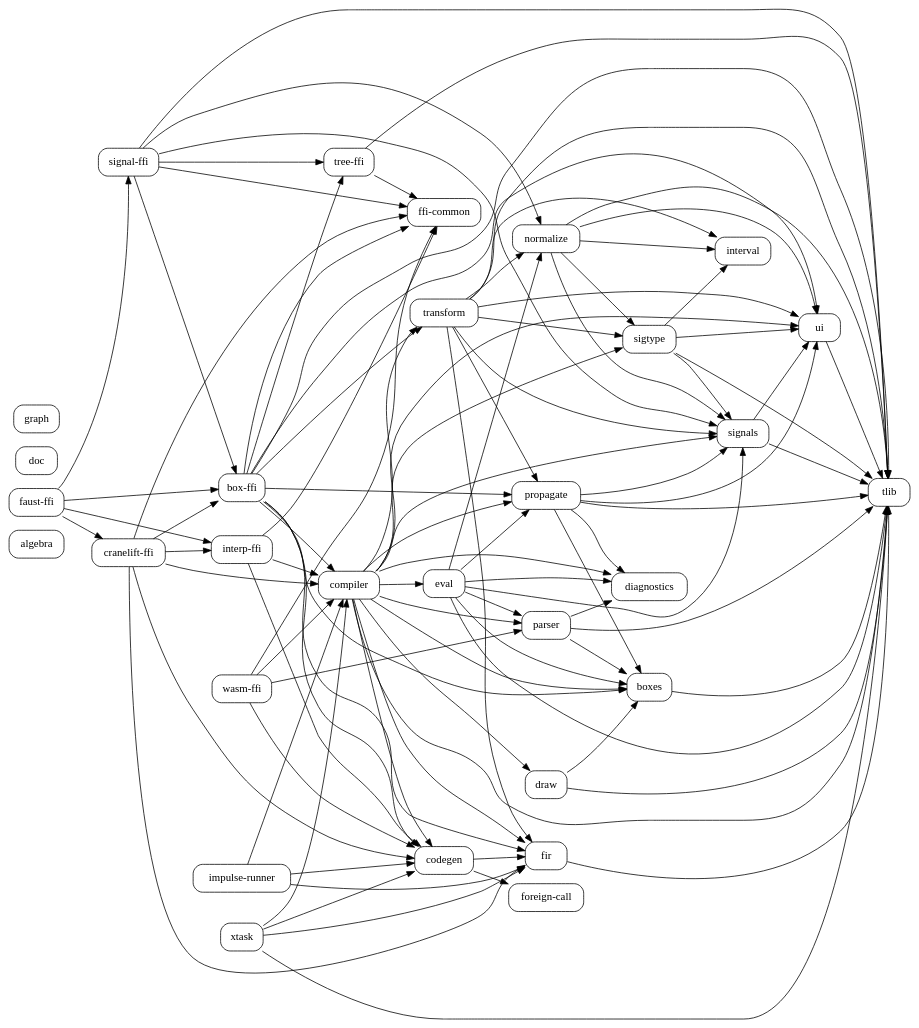
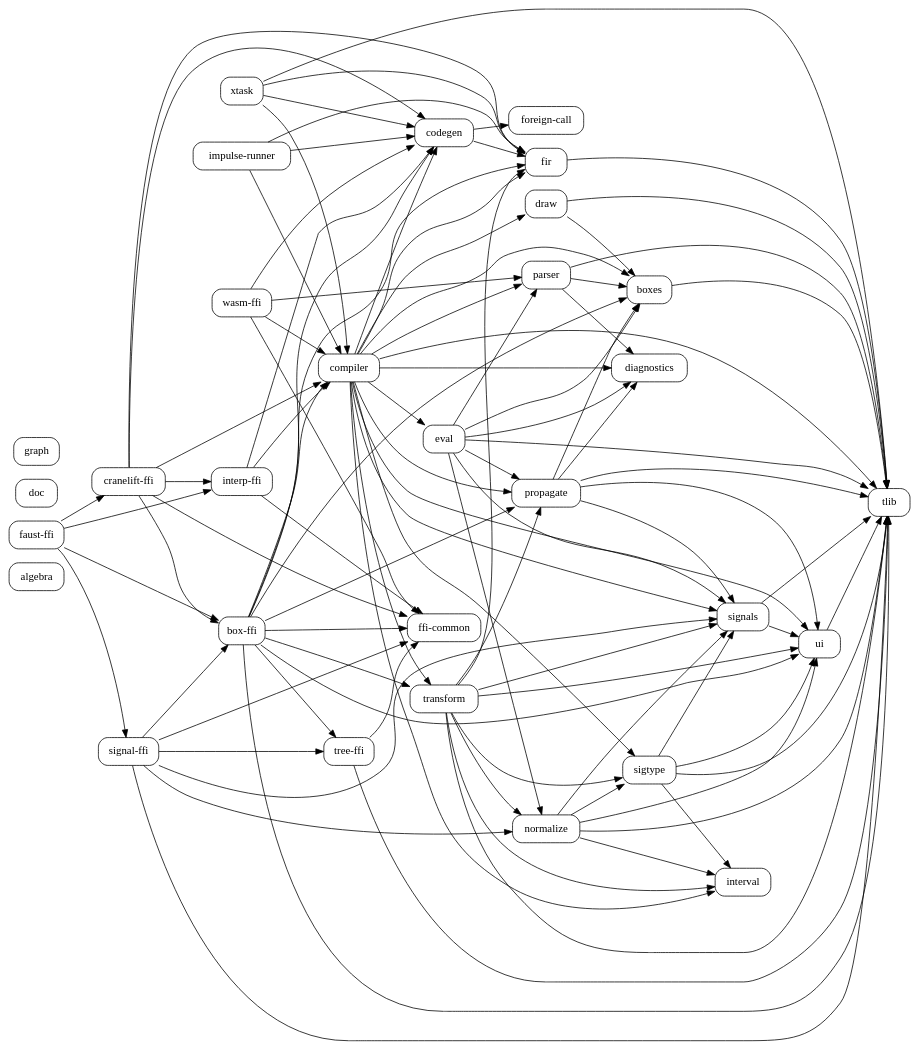
The diagram in docs/code-graphs/internal-crate-deps.dot (grame-cncm/faust-rs), drawn with Graphviz before and after one commit. The commit also changed 29 other files, not shown here.

```diff
--- a/docs/code-graphs/internal-crate-deps.dot
+++ b/docs/code-graphs/internal-crate-deps.dot
@@ -1,130 +1,131 @@
 digraph workspace_crates {
     rankdir=LR;
     node [shape=box, style="rounded"];
     "algebra";
     "box-ffi";
     "boxes";
     "codegen";
     "compiler";
     "cranelift-ffi";
     "diagnostics";
     "doc";
     "draw";
     "eval";
     "faust-ffi";
     "ffi-common";
     "fir";
     "foreign-call";
     "graph";
     "impulse-runner";
     "interp-ffi";
     "interval";
     "normalize";
     "parser";
     "propagate";
     "signal-ffi";
     "signals";
     "sigtype";
     "tlib";
     "transform";
     "tree-ffi";
     "ui";
     "wasm-ffi";
     "xtask";
     "box-ffi" -> "boxes";
     "box-ffi" -> "codegen";
     "box-ffi" -> "compiler";
     "box-ffi" -> "ffi-common";
     "box-ffi" -> "fir";
     "box-ffi" -> "propagate";
     "box-ffi" -> "tlib";
     "box-ffi" -> "transform";
     "box-ffi" -> "tree-ffi";
     "box-ffi" -> "ui";
     "boxes" -> "tlib";
     "codegen" -> "fir";
     "codegen" -> "foreign-call";
     "compiler" -> "boxes";
     "compiler" -> "codegen";
     "compiler" -> "diagnostics";
     "compiler" -> "draw";
     "compiler" -> "eval";
     "compiler" -> "fir";
+    "compiler" -> "interval";
     "compiler" -> "parser";
     "compiler" -> "propagate";
     "compiler" -> "signals";
     "compiler" -> "sigtype";
     "compiler" -> "tlib";
     "compiler" -> "transform";
     "compiler" -> "ui";
     "cranelift-ffi" -> "box-ffi";
     "cranelift-ffi" -> "codegen";
     "cranelift-ffi" -> "compiler";
     "cranelift-ffi" -> "ffi-common";
     "cranelift-ffi" -> "fir";
     "cranelift-ffi" -> "interp-ffi";
     "draw" -> "boxes";
     "draw" -> "tlib";
     "eval" -> "boxes";
     "eval" -> "diagnostics";
     "eval" -> "normalize";
     "eval" -> "parser";
     "eval" -> "propagate";
     "eval" -> "signals";
     "eval" -> "tlib";
     "faust-ffi" -> "box-ffi";
     "faust-ffi" -> "cranelift-ffi";
     "faust-ffi" -> "interp-ffi";
     "faust-ffi" -> "signal-ffi";
     "fir" -> "tlib";
     "impulse-runner" -> "codegen";
     "impulse-runner" -> "compiler";
     "impulse-runner" -> "fir";
     "interp-ffi" -> "codegen";
     "interp-ffi" -> "compiler";
     "interp-ffi" -> "ffi-common";
     "normalize" -> "interval";
     "normalize" -> "signals";
     "normalize" -> "sigtype";
     "normalize" -> "tlib";
     "normalize" -> "ui";
     "parser" -> "boxes";
     "parser" -> "diagnostics";
     "parser" -> "tlib";
     "propagate" -> "boxes";
     "propagate" -> "diagnostics";
     "propagate" -> "signals";
     "propagate" -> "tlib";
     "propagate" -> "ui";
     "signal-ffi" -> "box-ffi";
     "signal-ffi" -> "ffi-common";
     "signal-ffi" -> "normalize";
     "signal-ffi" -> "signals";
     "signal-ffi" -> "tlib";
     "signal-ffi" -> "tree-ffi";
     "signals" -> "tlib";
     "signals" -> "ui";
     "sigtype" -> "interval";
     "sigtype" -> "signals";
     "sigtype" -> "tlib";
     "sigtype" -> "ui";
     "transform" -> "fir";
     "transform" -> "interval";
     "transform" -> "normalize";
     "transform" -> "propagate";
     "transform" -> "signals";
     "transform" -> "sigtype";
     "transform" -> "tlib";
     "transform" -> "ui";
     "tree-ffi" -> "ffi-common";
     "tree-ffi" -> "tlib";
     "ui" -> "tlib";
     "wasm-ffi" -> "codegen";
     "wasm-ffi" -> "compiler";
     "wasm-ffi" -> "ffi-common";
     "wasm-ffi" -> "parser";
     "xtask" -> "codegen";
     "xtask" -> "compiler";
     "xtask" -> "fir";
     "xtask" -> "tlib";
 }
```
